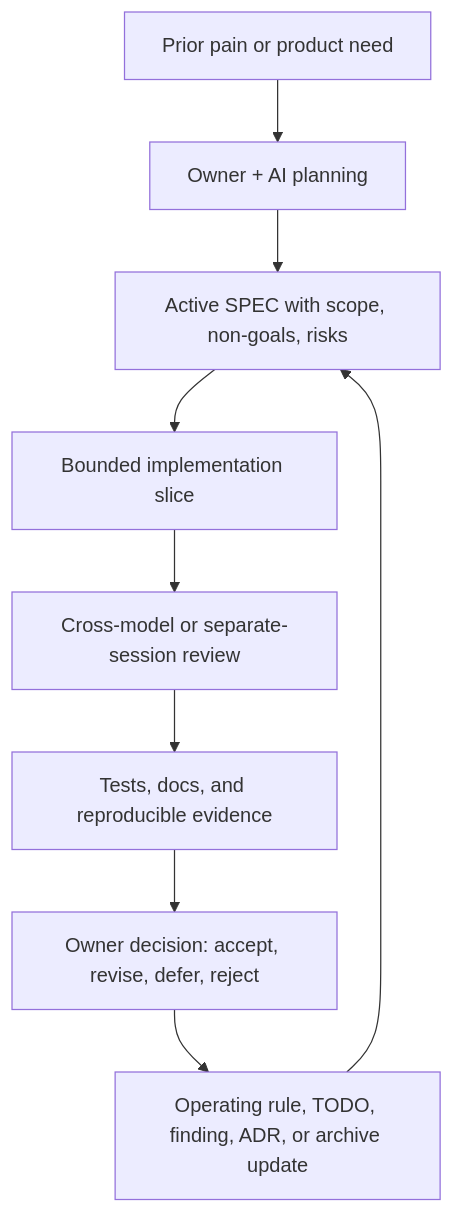
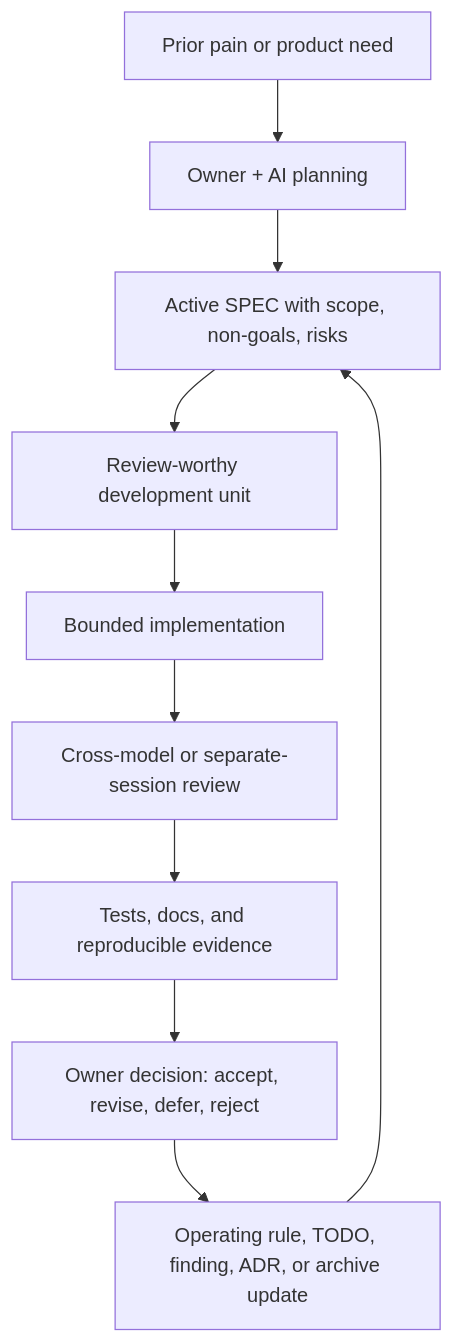
Before and after one commit to LiveTrack-X/spec-driven-ai-development: the first of 4 diagrams in docs/diagrams.md, drawn with Mermaid. The commit also changed other lines of this file and 27 other files, not shown here.

Commit message:
Reduce intervention with review-worthy units

````diff
--- a/docs/diagrams.md
+++ b/docs/diagrams.md
@@ -8,11 +8,12 @@
 ```mermaid
 flowchart TD
     A["Prior pain or product need"] --> B["Owner + AI planning"]
     B --> C["Active SPEC with scope, non-goals, risks"]
-    C --> D["Bounded implementation slice"]
-    D --> E["Cross-model or separate-session review"]
-    E --> F["Tests, docs, and reproducible evidence"]
-    F --> G["Owner decision: accept, revise, defer, reject"]
-    G --> H["Operating rule, TODO, finding, ADR, or archive update"]
-    H --> C
+    C --> D["Review-worthy development unit"]
+    D --> E["Bounded implementation"]
+    E --> F["Cross-model or separate-session review"]
+    F --> G["Tests, docs, and reproducible evidence"]
+    G --> H["Owner decision: accept, revise, defer, reject"]
+    H --> I["Operating rule, TODO, finding, ADR, or archive update"]
+    I --> C
 ```
````
